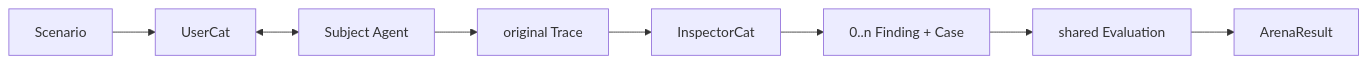
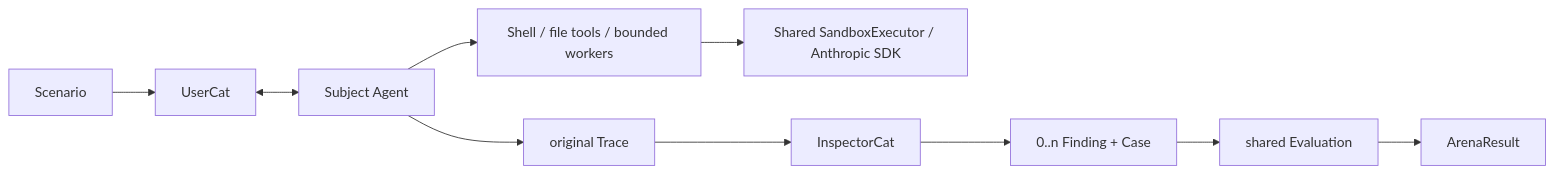
One commit to fightheyyy/xiaobaOS changed the first of 2 diagrams in docs/arena/SPEC.md. Above: the diagram before and after it, drawn with Mermaid. The commit also changed other lines of this file and 129 other files, not shown here.

````diff
--- a/docs/arena/SPEC.md
+++ b/docs/arena/SPEC.md
@@ -48,10 +48,12 @@
 ```mermaid
 flowchart LR
+    Subject --> Execution["Shell / file tools / bounded workers"]
+    Execution --> Sandbox["Shared SandboxExecutor / Anthropic SDK"]
     Scenario["Scenario"] --> UserCat["UserCat"]
     UserCat <--> Subject["Subject Agent"]
     Subject --> Trace["original Trace"]
     Trace --> Inspector["InspectorCat"]
     Inspector --> Pair["0..n Finding + Case"]
     Pair --> Eval["shared Evaluation"]
     Eval --> Result["ArenaResult"]
 ```
````
